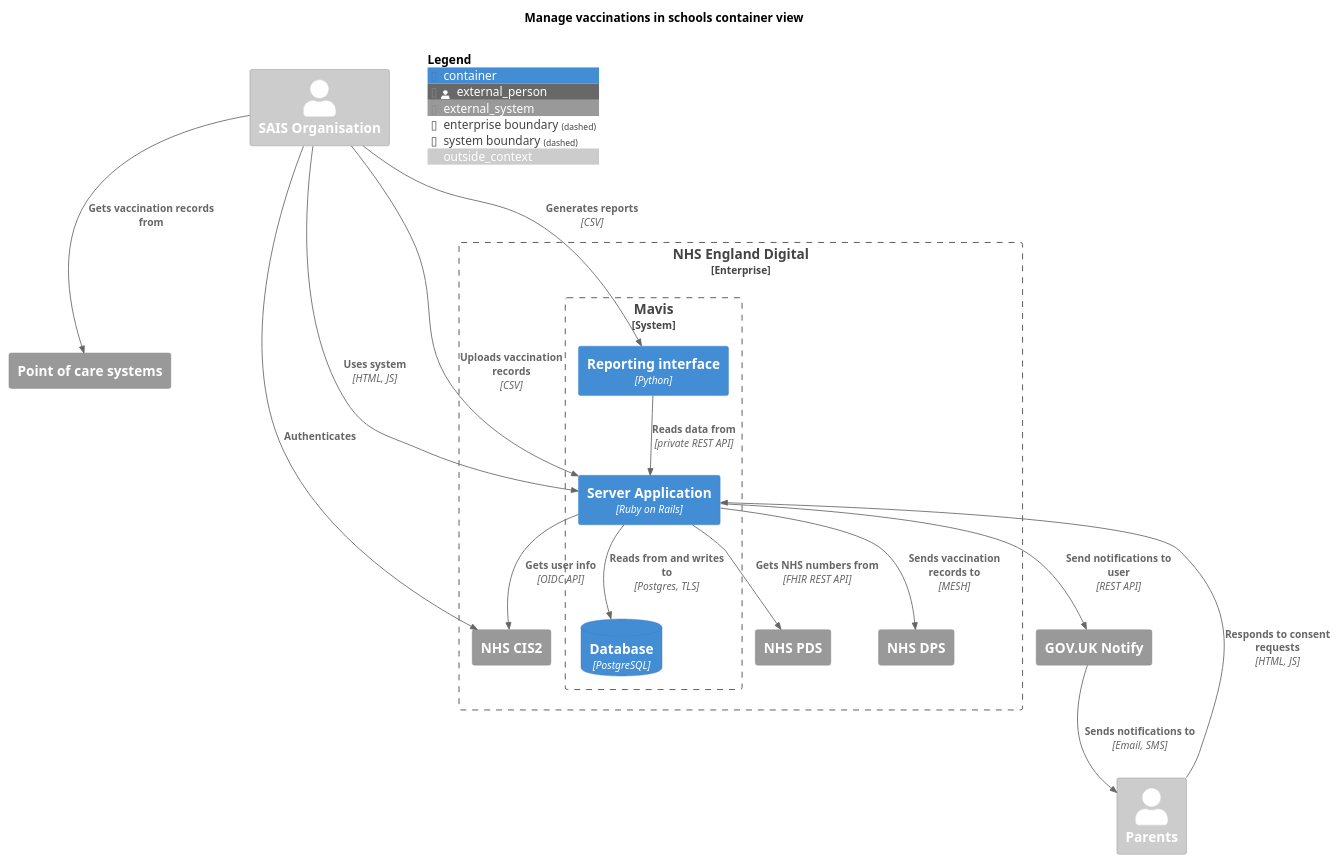
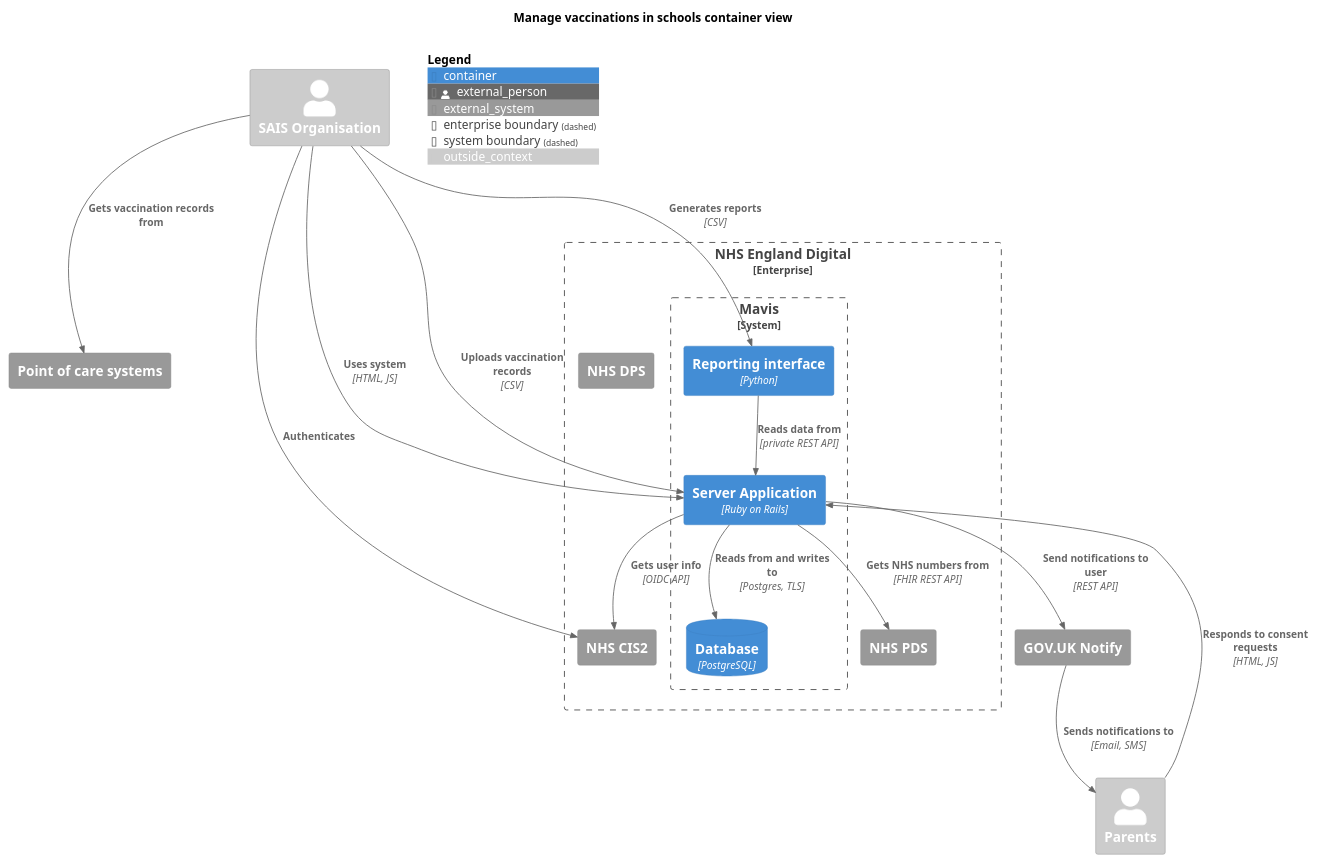
One commit to nhsuk/manage-vaccinations-in-schools changed the diagram in docs/diagrams/container-view.puml. Above: the diagram before and after it, drawn with PlantUML. The commit also changed 1 other file, not shown here.

Commit message:
remove link to MESH from architecture diagrams after discussion in https://github.com/nhsuk/manage-vaccinations-in-schools/pull/3803#discussion_r2167165914

```diff
--- a/docs/diagrams/container-view.puml
+++ b/docs/diagrams/container-view.puml
@@ -1,48 +1,47 @@
 @startuml
 
 !include <C4/C4_Container.puml>
 
 LAYOUT_TOP_DOWN()
 
 title "Manage vaccinations in schools container view"
 
 AddElementTag("outside_context", $bgColor="#CCC", $fontColor="#FFF")
 
 Person_Ext(sais, "SAIS Organisation", $tags="outside_context")
 Person_Ext(parents, "Parents", $tags="outside_context")
 
 System_Ext(poc, "Point of care systems")
 
 Enterprise_Boundary(nhs, "NHS England Digital") {
   System_Boundary(manage, "Mavis") {
     Container(mavis, "Server Application", "Ruby on Rails")
     Container(mavis_reporting, "Reporting interface", "Python")
     ContainerDb(mavis_db, "Database", "PostgreSQL")
   }
 
   System_Ext(cis, "NHS CIS2")
   System_Ext(pds, "NHS PDS")
   System_Ext(dps, "NHS DPS")
 }
 
 System_Ext(notify, "GOV.UK Notify")
 
 AddRelTag("optional", $textColor="black", $lineColor="black", $lineStyle="dashed")
 
 Rel(sais, cis, "Authenticates")
 Rel(mavis, cis, "Gets user info", "OIDC API")
 Rel(sais, mavis, "Uses system", "HTML, JS")
 Rel(sais, poc, "Gets vaccination records from")
 Rel(sais, mavis, "Uploads vaccination records", "CSV")
 Rel(sais, mavis_reporting, "Generates reports", "CSV")
 Rel(parents, mavis, "Responds to consent requests", "HTML, JS")
 Rel(mavis, notify, "Send notifications to user", "REST API")
 Rel(notify, parents, "Sends notifications to", "Email, SMS")
 Rel(mavis, pds, "Gets NHS numbers from", "FHIR REST API")
-Rel(mavis, dps, "Sends vaccination records to", "MESH")
 Rel(mavis, mavis_db, "Reads from and writes to", "Postgres, TLS")
 Rel(mavis_reporting, mavis, "Reads data from", "private REST API")
 
 SHOW_FLOATING_LEGEND()
 
 @enduml
```
